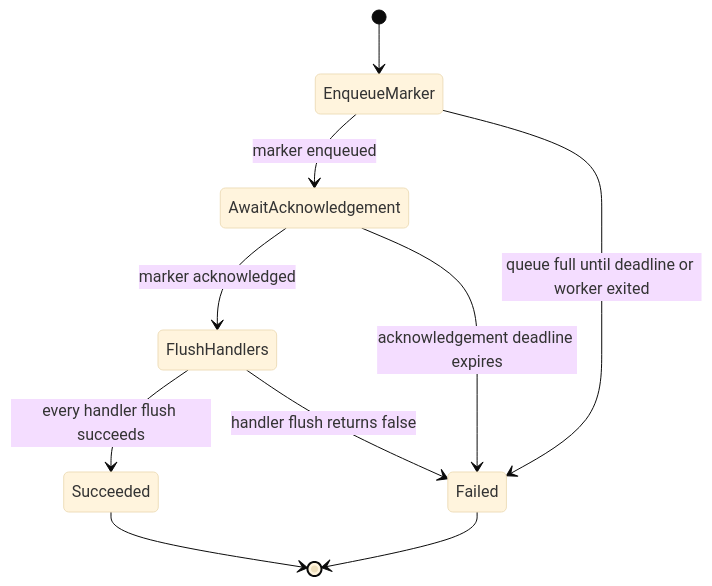
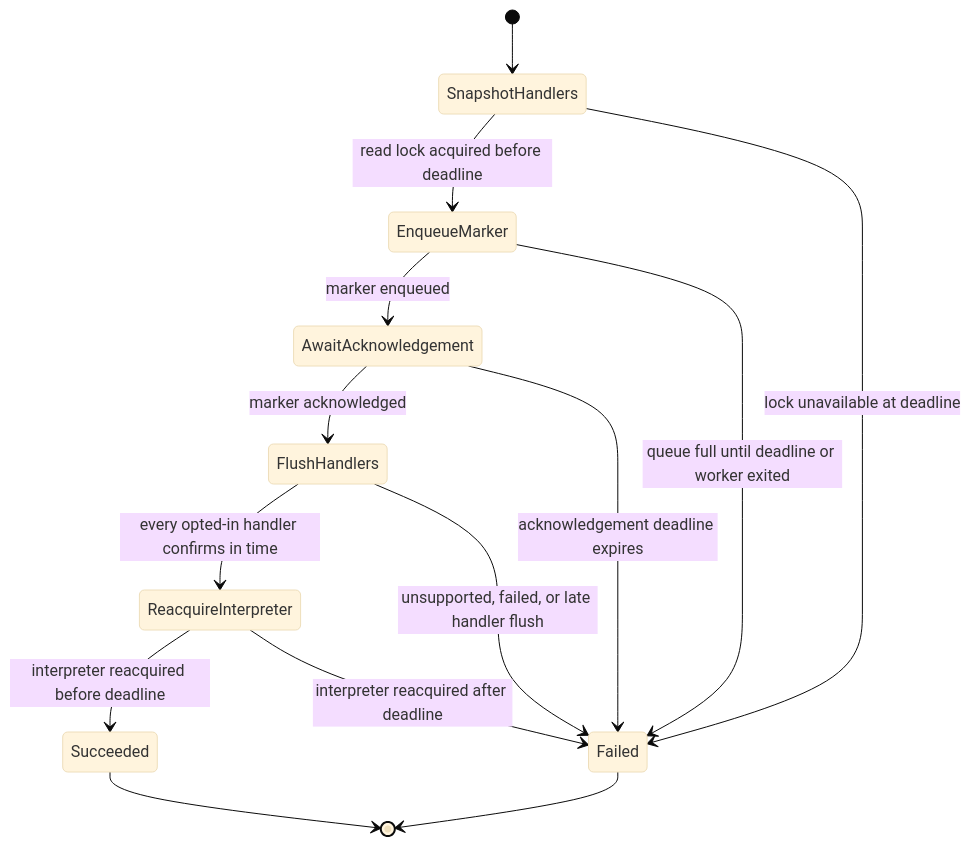
Before and after one commit to leynos/femtologging: the first of 9 diagrams in docs/rust-multithreaded-logging-framework-for-python-design.md, drawn with Mermaid (base theme). The commit also changed other lines of this file and 26 other files, not shown here.

````diff
--- a/docs/rust-multithreaded-logging-framework-for-python-design.md
+++ b/docs/rust-multithreaded-logging-framework-for-python-design.md
@@ -217,12 +220,16 @@
 ```mermaid
 stateDiagram-v2
-    [*] --> EnqueueMarker
+    [*] --> SnapshotHandlers
+    SnapshotHandlers --> EnqueueMarker: read lock acquired before deadline
+    SnapshotHandlers --> Failed: lock unavailable at deadline
     EnqueueMarker --> AwaitAcknowledgement: marker enqueued
     EnqueueMarker --> Failed: queue full until deadline or worker exited
     AwaitAcknowledgement --> FlushHandlers: marker acknowledged
     AwaitAcknowledgement --> Failed: acknowledgement deadline expires
-    FlushHandlers --> Succeeded: every handler flush succeeds
-    FlushHandlers --> Failed: handler flush returns false
+    FlushHandlers --> ReacquireInterpreter: every opted-in handler confirms in time
+    FlushHandlers --> Failed: unsupported, failed, or late handler flush
+    ReacquireInterpreter --> Succeeded: interpreter reacquired before deadline
+    ReacquireInterpreter --> Failed: interpreter reacquired after deadline
     Succeeded --> [*]
     Failed --> [*]
 ```
````
